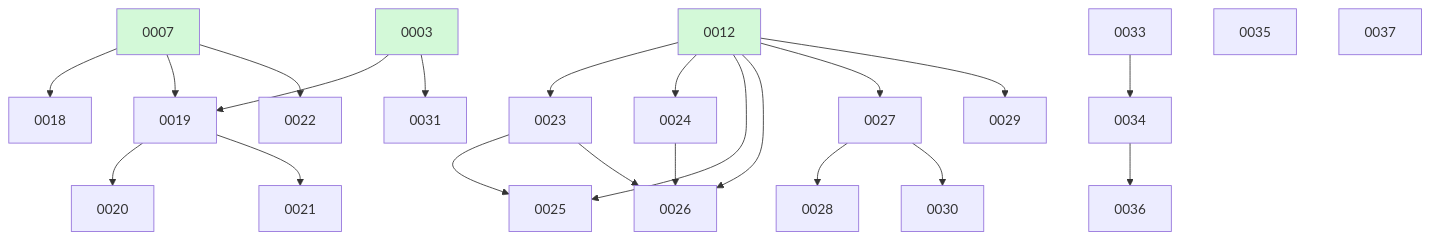
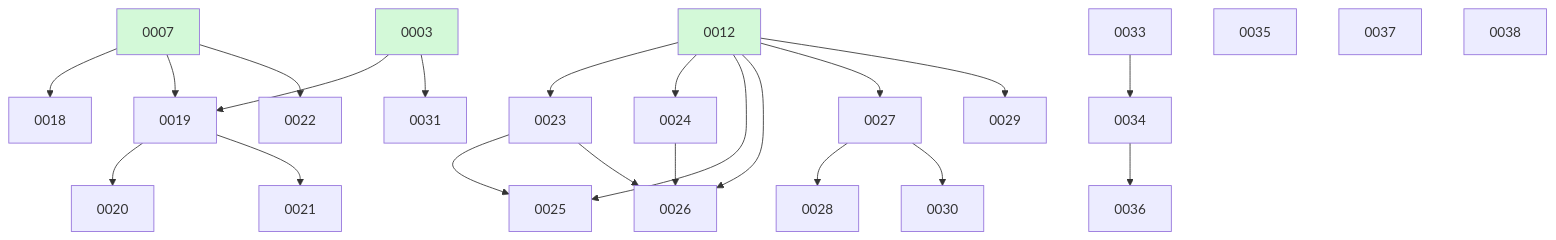
The diagram in docs/changes/BOARD.md (ethanhinson/fuse), drawn with Mermaid before and after one commit. The commit also changed other lines of this file, not shown here.

````diff
--- a/docs/changes/BOARD.md
+++ b/docs/changes/BOARD.md
@@ -34,30 +35,31 @@
 ```mermaid
 graph TD
   0007 --> 0018
   0003 --> 0019
   0007 --> 0019
   0019 --> 0020
   0019 --> 0021
   0007 --> 0022
   0012 --> 0023
   0012 --> 0024
   0012 --> 0025
   0023 --> 0025
   0012 --> 0026
   0023 --> 0026
   0024 --> 0026
   0012 --> 0027
   0027 --> 0028
   0012 --> 0029
   0027 --> 0030
   0003 --> 0031
   0033
   0033 --> 0034
   0035
   0034 --> 0036
   0037
+  0038
   0003:::done
   0007:::done
   0012:::done
   classDef done fill:#d3f9d8;
 ```
````
